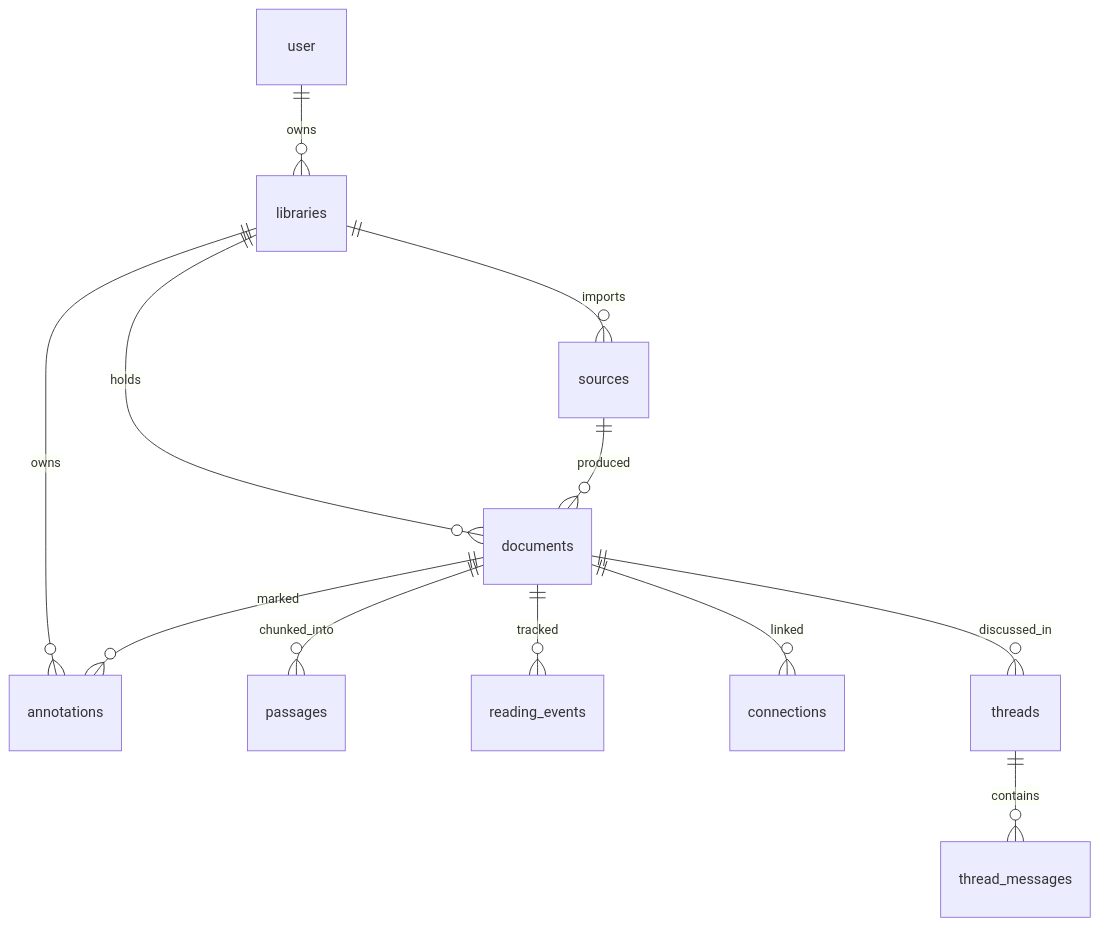
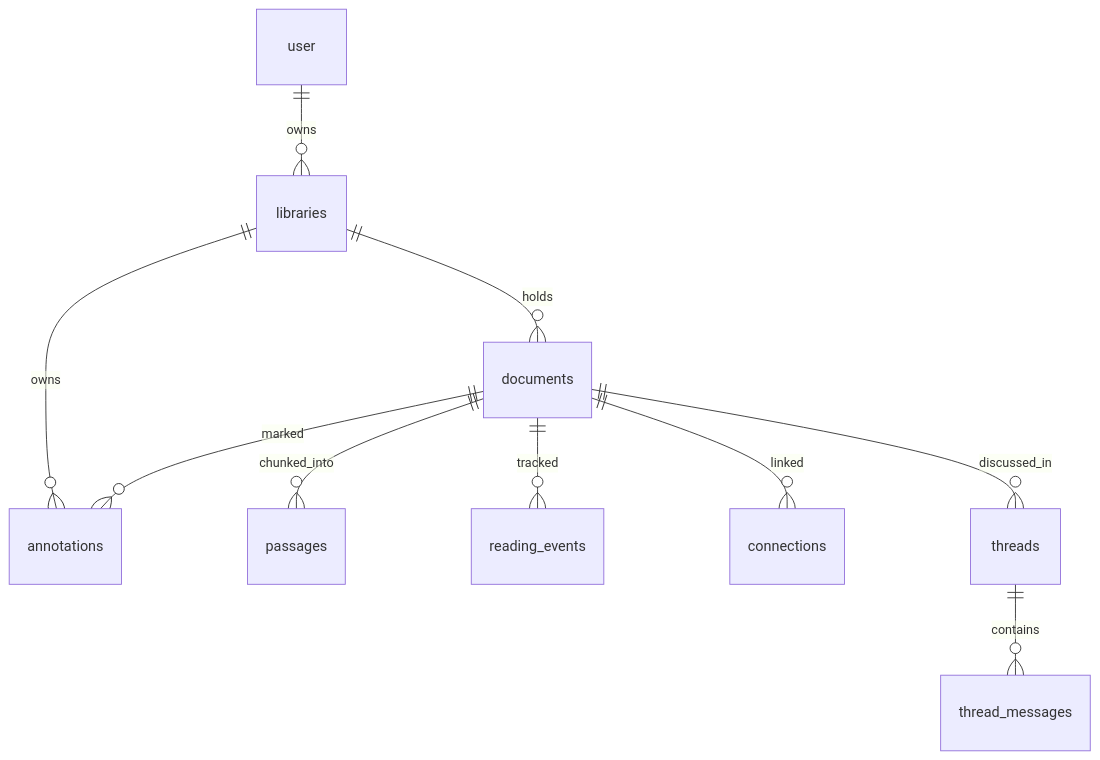
Before and after one commit to SouravInsights/curio: the fourth of 5 diagrams in ARCHITECTURE.md, drawn with Mermaid. The commit also changed 2 other files, not shown here.

Commit message:
docs: drop the last of the link-collection vocabulary
ARCHITECTURE's diagram still showed the `sources` table, and imports.md still
described provenance as a `sources` row. Provenance is the `external_id` prefix
and `kind` now — data, not a table.

````diff
--- a/ARCHITECTURE.md
+++ b/ARCHITECTURE.md
@@ -184,14 +184,12 @@
 ```mermaid
 erDiagram
     user ||--o{ libraries : owns
-    libraries ||--o{ sources : imports
     libraries ||--o{ documents : holds
     libraries ||--o{ annotations : owns
-    sources ||--o{ documents : produced
     documents ||--o{ passages : chunked_into
     documents ||--o{ annotations : marked
     documents ||--o{ reading_events : tracked
     documents ||--o{ connections : linked
     documents ||--o{ threads : discussed_in
     threads ||--o{ thread_messages : contains
 ```
````
